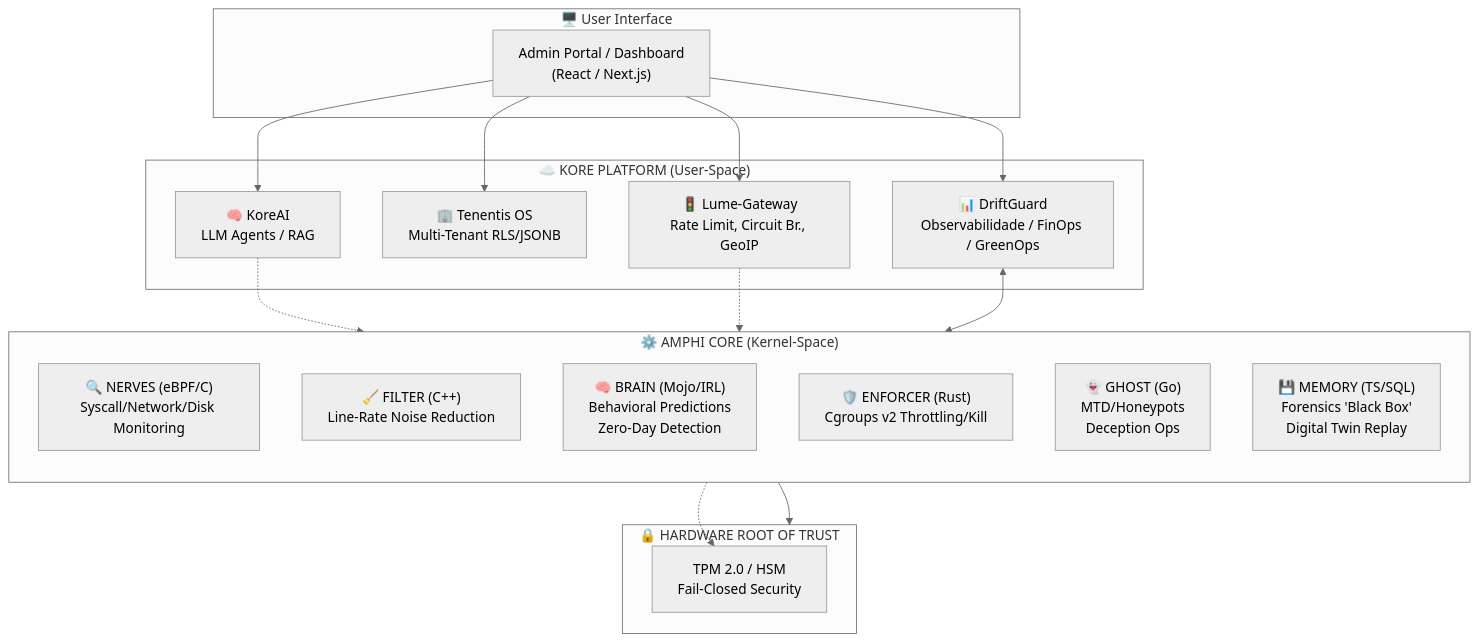
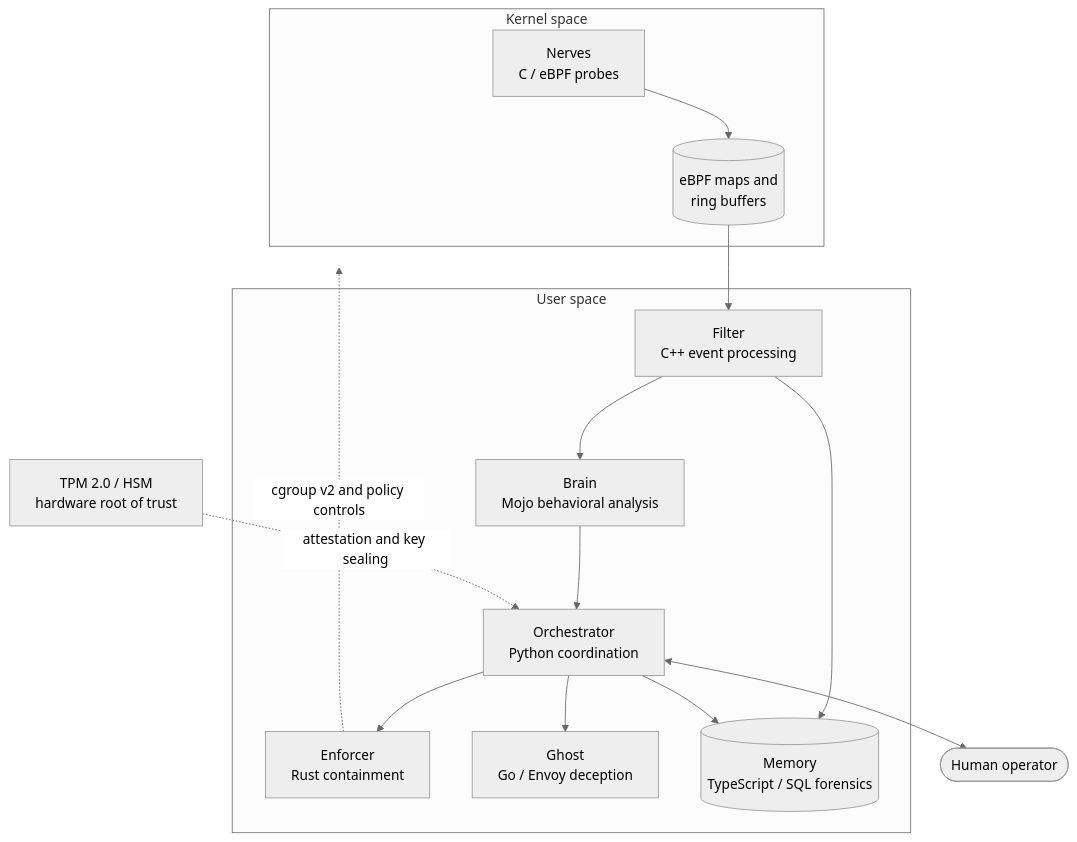
One commit to kauand3v/Amphi changed the first of 3 diagrams in README.md. Above: the diagram before and after it, drawn with Mermaid (neutral theme). The commit also changed other lines of this file, not shown here.

````diff
--- a/README.md
+++ b/README.md
@@ -858,34 +143,31 @@
 ```mermaid
-graph TB
-    subgraph UI["🖥️ User Interface"]
-        Dashboard["Admin Portal / Dashboard<br/>(React / Next.js)"]
+flowchart TB
+    subgraph KS["Kernel space"]
+        N["Nerves<br/>C / eBPF probes"]
+        RB[("eBPF maps and<br/>ring buffers")]
     end
 
-    subgraph KORE["☁️ KORE PLATFORM (User-Space)"]
-        KoreAI["🧠 KoreAI<br/>LLM Agents / RAG"]
-        Tenentis["🏢 Tenentis OS<br/>Multi-Tenant RLS/JSONB"]
-        Lume["🚦 Lume-Gateway<br/>Rate Limit, Circuit Br., GeoIP"]
-        DriftGuard["📊 DriftGuard<br/>Observabilidade / FinOps / GreenOps"]
+    subgraph US["User space"]
+        F["Filter<br/>C++ event processing"]
+        B["Brain<br/>Mojo behavioral analysis"]
+        O["Orchestrator<br/>Python coordination"]
+        E["Enforcer<br/>Rust containment"]
+        G["Ghost<br/>Go / Envoy deception"]
+        M[("Memory<br/>TypeScript / SQL forensics")]
     end
 
-    subgraph Amphi["⚙️ AMPHI CORE (Kernel-Space)"]
-        direction TB
-        Nerves["🔍 NERVES (eBPF/C)<br/>Syscall/Network/Disk Monitoring"]
-        Filter["🧹 FILTER (C++)<br/>Line-Rate Noise Reduction"]
-        Brain["🧠 BRAIN (Mojo/IRL)<br/>Behavioral Predictions<br/>Zero-Day Detection"]
-        Enforcer["🛡️ ENFORCER (Rust)<br/>Cgroups v2 Throttling/Kill"]
-        Ghost["👻 GHOST (Go)<br/>MTD/Honeypots<br/>Deception Ops"]
-        Memory["💾 MEMORY (TS/SQL)<br/>Forensics 'Black Box'<br/>Digital Twin Replay"]
-    end
+    H(["Human operator"])
+    T["TPM 2.0 / HSM<br/>hardware root of trust"]
 
-    subgraph Hardware["🔒 HARDWARE ROOT OF TRUST"]
-        TPM["TPM 2.0 / HSM<br/>Fail-Closed Security"]
-    end
-
-    Dashboard --> KoreAI & Tenentis & Lume & DriftGuard
-    DriftGuard <--> Amphi
-    KoreAI -.-> Brain
-    Lume -.-> Ghost
-    Amphi --> Hardware
-    Enforcer -.-> TPM
+    N --> RB
+    RB --> F
+    F --> B
+    F --> M
+    B --> O
+    O --> E
+    O --> G
+    O --> M
+    O <--> H
+    E -. "cgroup v2 and policy controls" .-> KS
+    T -. "attestation and key sealing" .-> O
 ```
````
